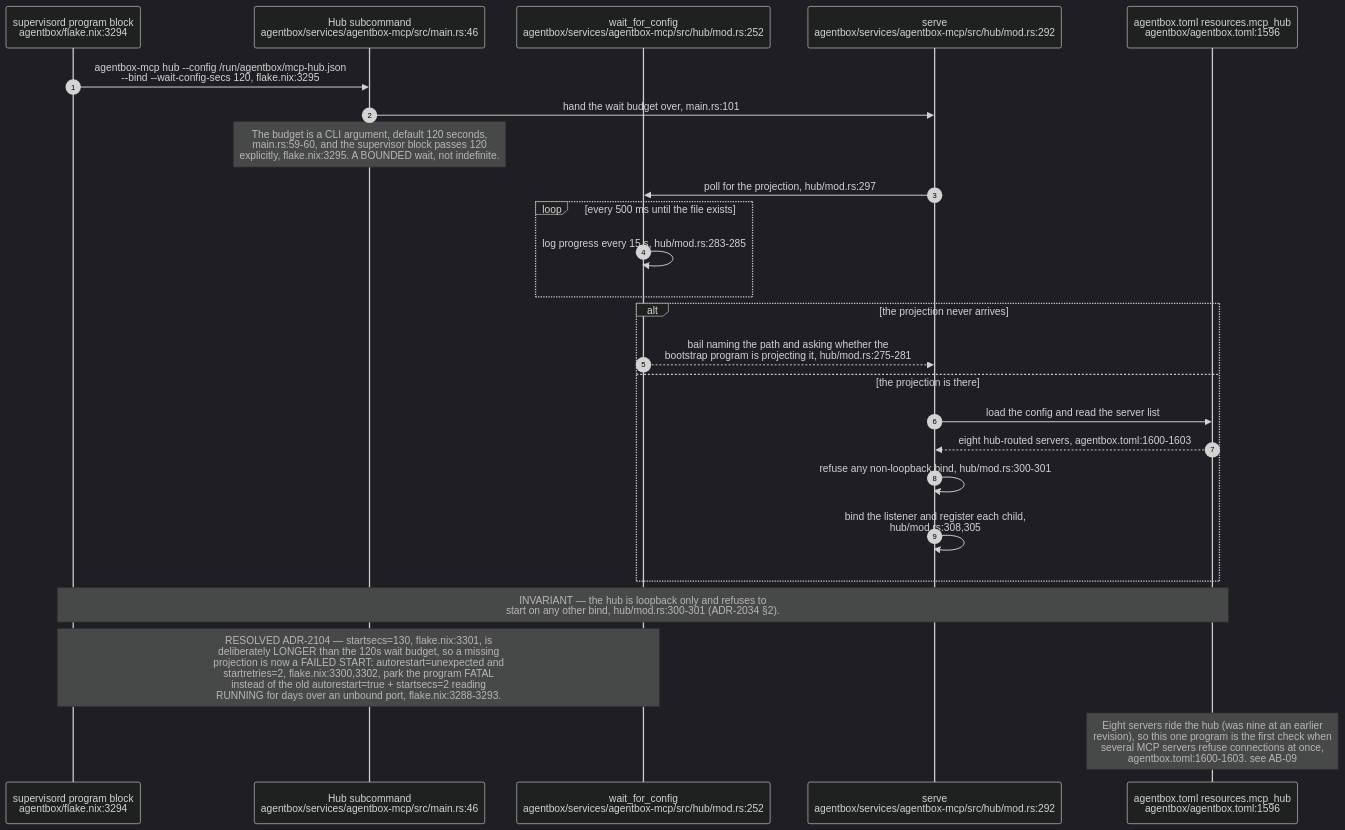
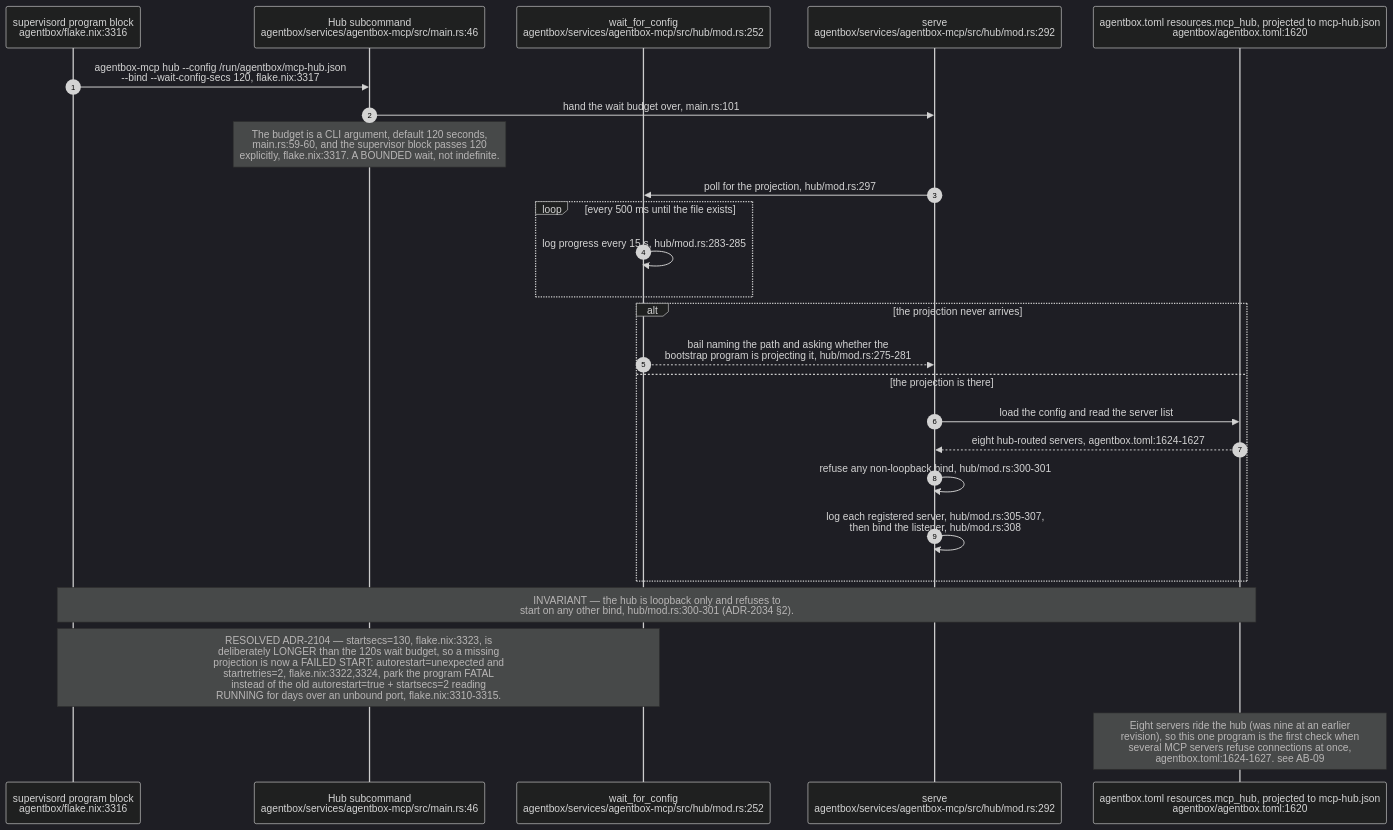
Before and after one commit to DreamLab-AI/VisionFlow: the seventh of 8 diagrams in docs/diagrams/estate/01-estate-topology.md, drawn with Mermaid (dark theme). The commit also changed other lines of this file and 91 other files, not shown here.

````diff
--- a/docs/diagrams/estate/01-estate-topology.md
+++ b/docs/diagrams/estate/01-estate-topology.md
@@ -304,28 +311,28 @@
 ```mermaid
 sequenceDiagram
     autonumber
-    participant SUP as supervisord program block<br/>agentbox/flake.nix:3294
+    participant SUP as supervisord program block<br/>agentbox/flake.nix:3316
     participant MAIN as Hub subcommand<br/>agentbox/services/agentbox-mcp/src/main.rs:46
     participant WAIT as wait_for_config<br/>agentbox/services/agentbox-mcp/src/hub/mod.rs:252
     participant SERVE as serve<br/>agentbox/services/agentbox-mcp/src/hub/mod.rs:292
-    participant MAN as agentbox.toml resources.mcp_hub<br/>agentbox/agentbox.toml:1596
+    participant MAN as agentbox.toml resources.mcp_hub, projected to mcp-hub.json<br/>agentbox/agentbox.toml:1620
 
-    SUP->>MAIN: agentbox-mcp hub --config /run/agentbox/mcp-hub.json<br/>--bind --wait-config-secs 120, flake.nix:3295
+    SUP->>MAIN: agentbox-mcp hub --config /run/agentbox/mcp-hub.json<br/>--bind --wait-config-secs 120, flake.nix:3317
     MAIN->>SERVE: hand the wait budget over, main.rs:101
-    Note over MAIN: The budget is a CLI argument, default 120 seconds,<br/>main.rs:59-60, and the supervisor block passes 120<br/>explicitly, flake.nix:3295. A BOUNDED wait, not indefinite.
+    Note over MAIN: The budget is a CLI argument, default 120 seconds,<br/>main.rs:59-60, and the supervisor block passes 120<br/>explicitly, flake.nix:3317. A BOUNDED wait, not indefinite.
     SERVE->>WAIT: poll for the projection, hub/mod.rs:297
     loop every 500 ms until the file exists
         WAIT->>WAIT: log progress every 15 s, hub/mod.rs:283-285
     end
     alt the projection never arrives
         WAIT-->>SERVE: bail naming the path and asking whether the<br/>bootstrap program is projecting it, hub/mod.rs:275-281
     else the projection is there
         SERVE->>MAN: load the config and read the server list
-        MAN-->>SERVE: eight hub-routed servers, agentbox.toml:1600-1603
+        MAN-->>SERVE: eight hub-routed servers, agentbox.toml:1624-1627
         SERVE->>SERVE: refuse any non-loopback bind, hub/mod.rs:300-301
-        SERVE->>SERVE: bind the listener and register each child,<br/>hub/mod.rs:308,305
+        SERVE->>SERVE: log each registered server, hub/mod.rs:305-307,<br/>then bind the listener, hub/mod.rs:308
     end
     Note over SUP,MAN: INVARIANT — the hub is loopback only and refuses to<br/>start on any other bind, hub/mod.rs:300-301 (ADR-2034 §2).
-    Note over SUP,WAIT: RESOLVED ADR-2104 — startsecs=130, flake.nix:3301, is<br/>deliberately LONGER than the 120s wait budget, so a missing<br/>projection is now a FAILED START: autorestart=unexpected and<br/>startretries=2, flake.nix:3300,3302, park the program FATAL<br/>instead of the old autorestart=true + startsecs=2 reading<br/>RUNNING for days over an unbound port, flake.nix:3288-3293.
-    Note over MAN: Eight servers ride the hub (was nine at an earlier<br/>revision), so this one program is the first check when<br/>several MCP servers refuse connections at once,<br/>agentbox.toml:1600-1603. see AB-09
+    Note over SUP,WAIT: RESOLVED ADR-2104 — startsecs=130, flake.nix:3323, is<br/>deliberately LONGER than the 120s wait budget, so a missing<br/>projection is now a FAILED START: autorestart=unexpected and<br/>startretries=2, flake.nix:3322,3324, park the program FATAL<br/>instead of the old autorestart=true + startsecs=2 reading<br/>RUNNING for days over an unbound port, flake.nix:3310-3315.
+    Note over MAN: Eight servers ride the hub (was nine at an earlier<br/>revision), so this one program is the first check when<br/>several MCP servers refuse connections at once,<br/>agentbox.toml:1624-1627. see AB-09
 ```
````
